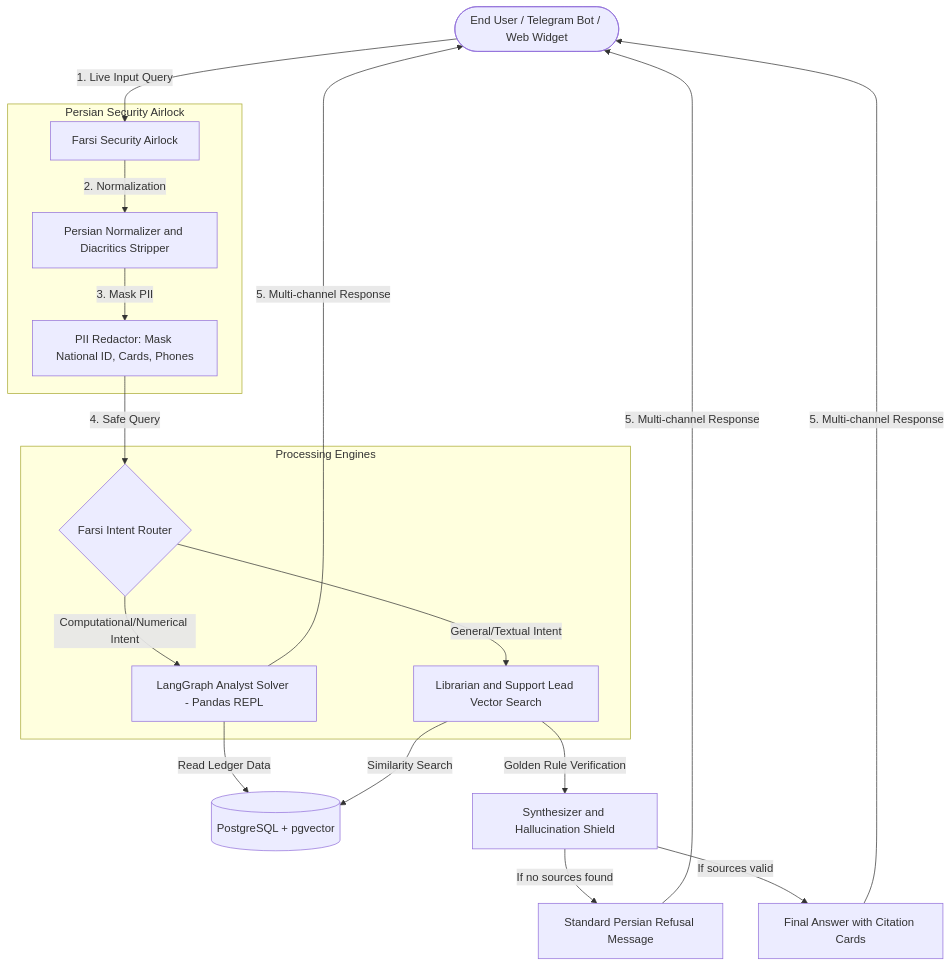
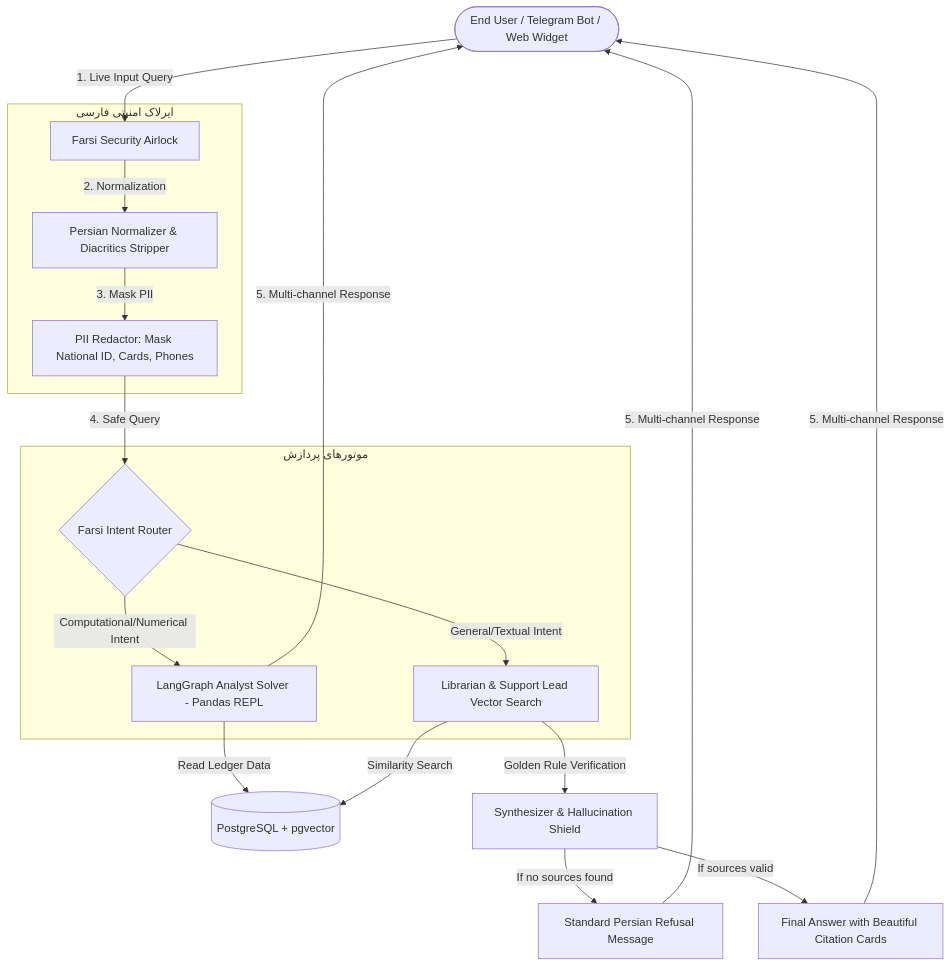
The diagram in README.md (Irene-03/ArioNex), drawn with Mermaid before and after one commit. The commit also changed other lines of this file, not shown here.

Commit message:
docs: rewrite README with Persian RAG platform overview (no emojis)

````diff
--- a/README.md
+++ b/README.md
@@ -31,26 +21,26 @@
 ```mermaid
 flowchart TD
     User([End User / Telegram Bot / Web Widget]) -->|1. Live Input Query| Airlock[Farsi Security Airlock]
-
-    subgraph Airlock_Layer [Persian Security Airlock]
-        Airlock -->|2. Normalization| Norm[Persian Normalizer and Diacritics Stripper]
+    
+    subgraph Airlock_Layer [ایرلاک امنیتی فارسی]
+        Airlock -->|2. Normalization| Norm[Persian Normalizer & Diacritics Stripper]
         Norm -->|3. Mask PII| PII[PII Redactor: Mask National ID, Cards, Phones]
     end
 
     PII -->|4. Safe Query| Router{Farsi Intent Router}
-
-    subgraph Engine_Layer [Processing Engines]
+    
+    subgraph Engine_Layer [موتورهای پردازش]
         Router -->|Computational/Numerical Intent| Analyst[LangGraph Analyst Solver - Pandas REPL]
-        Router -->|General/Textual Intent| RAG_Engine[Librarian and Support Lead Vector Search]
+        Router -->|General/Textual Intent| RAG_Engine[Librarian & Support Lead Vector Search]
     end
 
     Analyst -->|Read Ledger Data| VectorDB[(PostgreSQL + pgvector)]
     RAG_Engine -->|Similarity Search| VectorDB
-
-    RAG_Engine -->|Golden Rule Verification| Synthesizer[Synthesizer and Hallucination Shield]
-
+    
+    RAG_Engine -->|Golden Rule Verification| Synthesizer[Synthesizer & Hallucination Shield]
+    
     Synthesizer -->|If no sources found| Refusal[Standard Persian Refusal Message]
-    Synthesizer -->|If sources valid| Answer[Final Answer with Citation Cards]
-
+    Synthesizer -->|If sources valid| Answer[Final Answer with Beautiful Citation Cards]
+    
     Answer & Refusal & Analyst -->|5. Multi-channel Response| User
 ```
````
